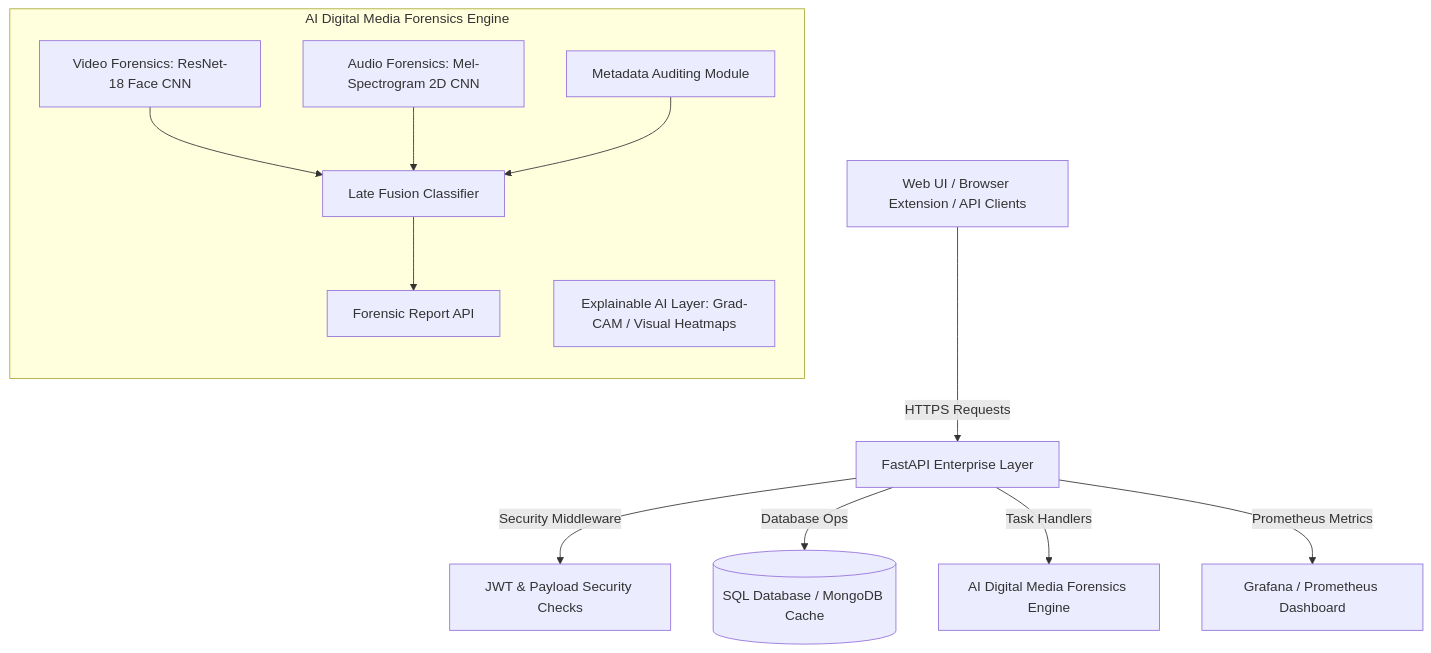
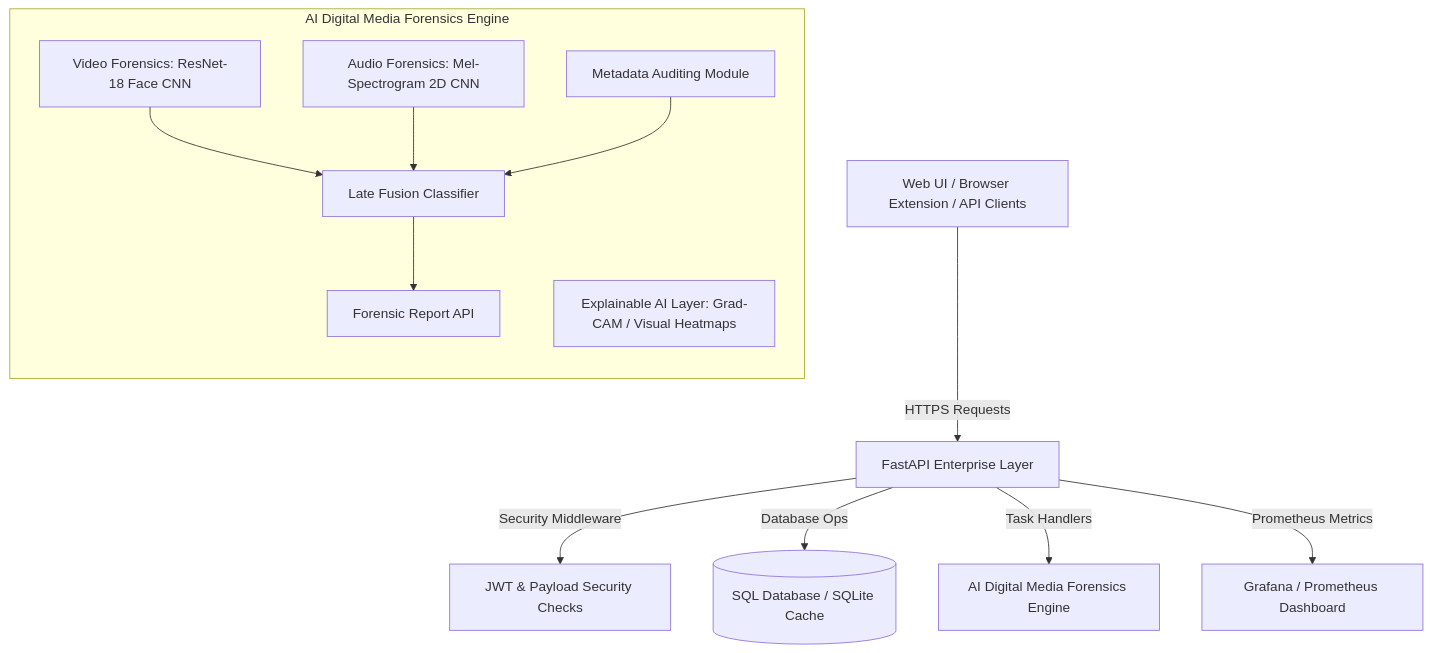
The diagram in README.md (shlok926/deepfake-detection), drawn with Mermaid before and after one commit. The commit also changed other lines of this file, not shown here.

Commit message:
docs: upgrade README.md to premium centered layout with custom badges, features matrix and security roadmap

````diff
--- a/README.md
+++ b/README.md
@@ -9,22 +50,22 @@
 ```mermaid
 graph TD
     Client[Web UI / Browser Extension / API Clients] -->|HTTPS Requests| Gateway[FastAPI Enterprise Layer]
     Gateway -->|Security Middleware| Auth[JWT & Payload Security Checks]
-    Gateway -->|Database Ops| DB[(SQL Database / MongoDB Cache)]
+    Gateway -->|Database Ops| DB[(SQL Database / SQLite Cache)]
     Gateway -->|Task Handlers| AI[AI Digital Media Forensics Engine]
     
     subgraph AI Engine [AI Digital Media Forensics Engine]
         direction TB
         V[Video Forensics: ResNet-18 Face CNN]
         A[Audio Forensics: Mel-Spectrogram 2D CNN]
         M[Metadata Auditing Module]
         X[Explainable AI Layer: Grad-CAM / Visual Heatmaps]
         
         V --> Fusion[Late Fusion Classifier]
         A --> Fusion
         M --> Fusion
         Fusion --> Predict[Forensic Report API]
     end
     
     Gateway -->|Prometheus Metrics| Monitor[Grafana / Prometheus Dashboard]
 ```
````
